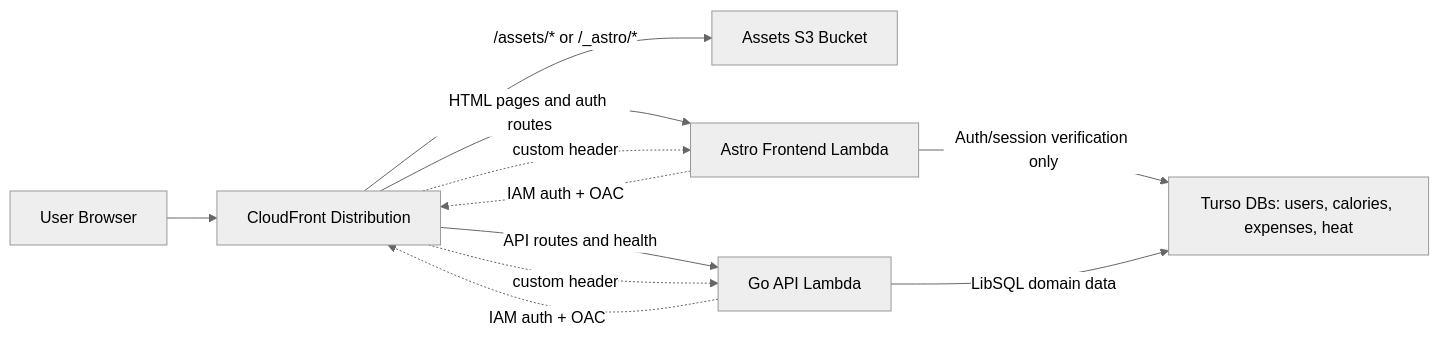
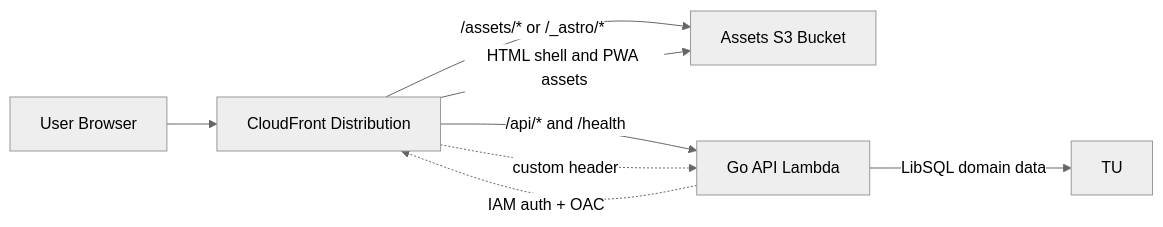
The diagram in docs/ARCHITECTURE.md (Hughzu/trackstack), drawn with Mermaid (neutral theme) before and after one commit. The commit also changed other lines of this file and 9 other files, not shown here.

````diff
--- a/docs/ARCHITECTURE.md
+++ b/docs/ARCHITECTURE.md
@@ -7,14 +7,11 @@
 ```mermaid
 flowchart LR
   U[User Browser] --> CF[CloudFront Distribution]
   CF -->|/assets/* or /_astro/*| S3[Assets S3 Bucket]
-  CF -->|HTML pages and auth routes| AFL[Astro Frontend Lambda]
-  CF -->|API routes and health| GFL[Go API Lambda]
-  AFL -->|Auth/session verification only| TU[Turso DBs: users, calories, expenses, heat]
+  CF -->|HTML shell and PWA assets| S3
+  CF -->|/api/* and /health| GFL[Go API Lambda]
   GFL -->|LibSQL domain data| TU
 
-  CF -. custom header .-> AFL
   CF -. custom header .-> GFL
-  AFL -. IAM auth + OAC .-> CF
   GFL -. IAM auth + OAC .-> CF
 ```
````
